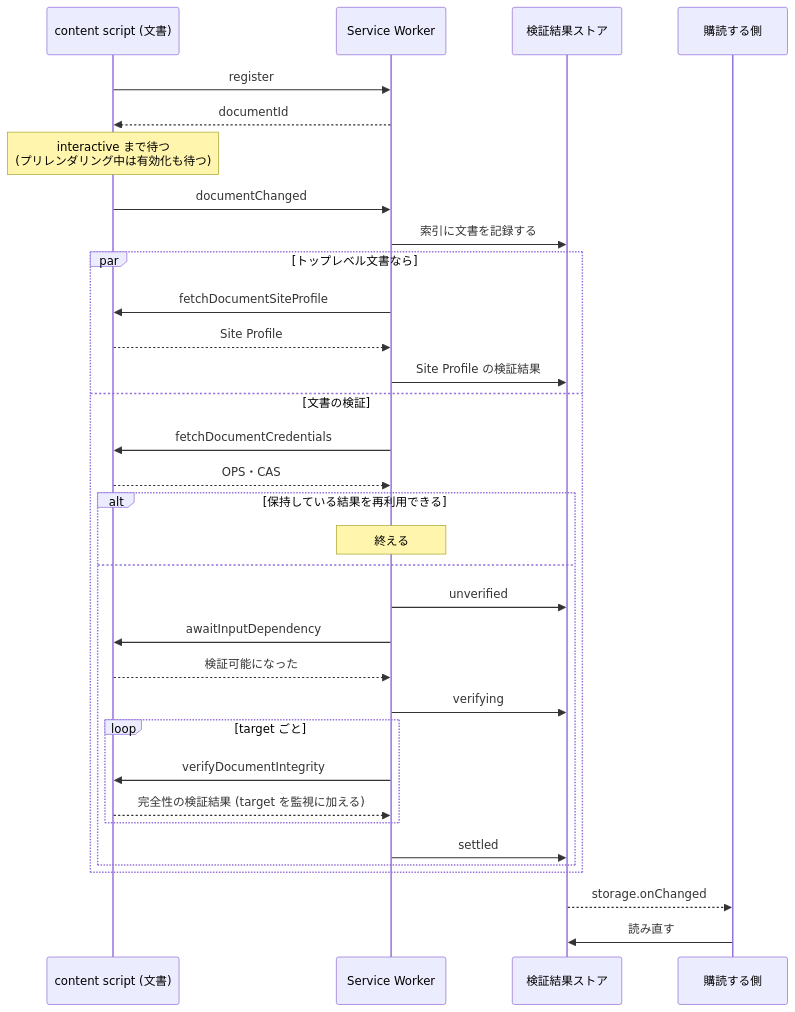
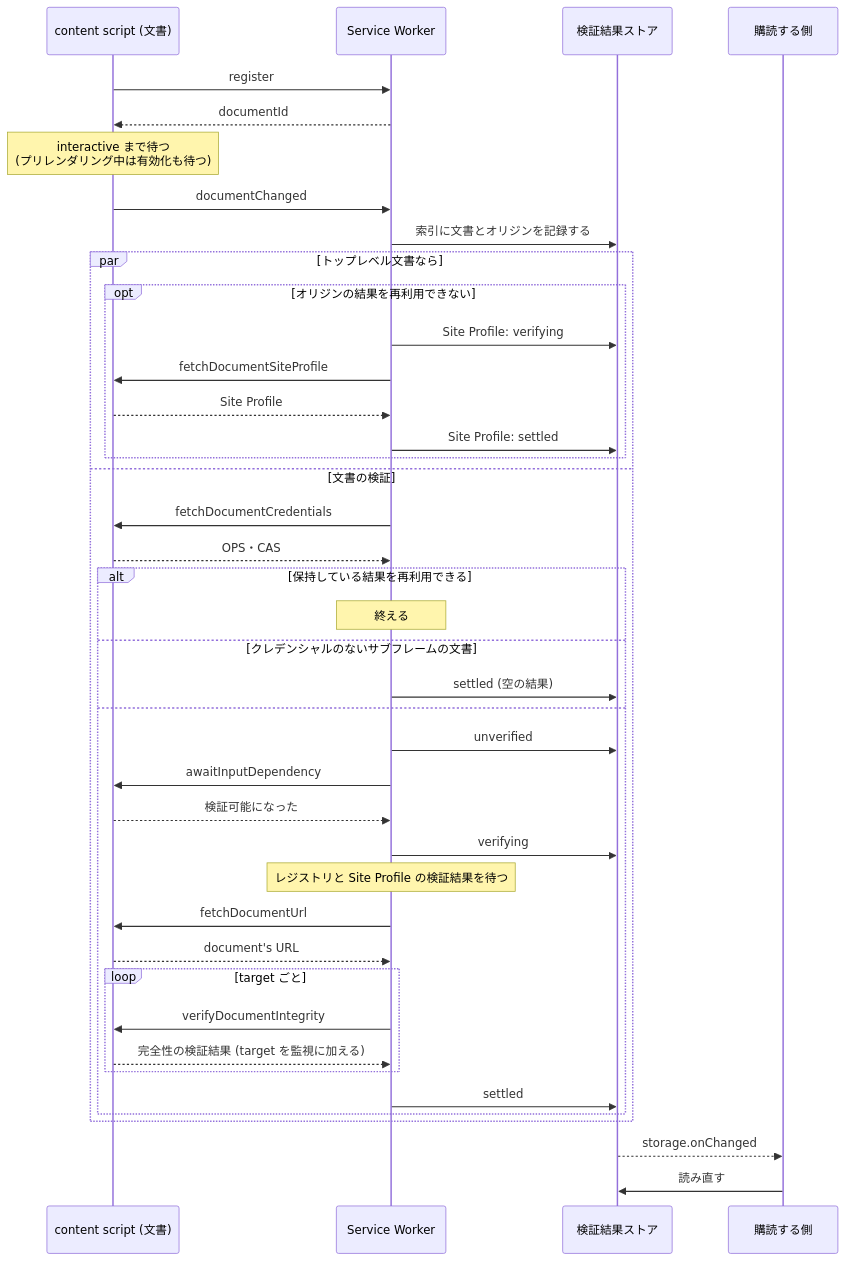
The first of 2 diagrams in packages/extension-common/src/verification/README.md (originator-profile/originator-profile), drawn with Mermaid before and after one commit. The commit also changed other lines of this file, not shown here.

````diff
--- a/packages/extension-common/src/verification/README.md
+++ b/packages/extension-common/src/verification/README.md
@@ -23,36 +23,44 @@
 ```mermaid
 sequenceDiagram
 participant CS as content script (文書)
 participant SW as Service Worker
 participant Store as 検証結果ストア
 participant Sub as 購読する側
 
 CS->>SW: register
 SW-->>CS: documentId
 Note over CS: interactive まで待つ<br/>(プリレンダリング中は有効化も待つ)
 CS->>SW: documentChanged
-SW->>Store: 索引に文書を記録する
+SW->>Store: 索引に文書とオリジンを記録する
 par トップレベル文書なら
-  SW->>CS: fetchDocumentSiteProfile
-  CS-->>SW: Site Profile
-  SW->>Store: Site Profile の検証結果
+  opt オリジンの結果を再利用できない
+    SW->>Store: Site Profile: verifying
+    SW->>CS: fetchDocumentSiteProfile
+    CS-->>SW: Site Profile
+    SW->>Store: Site Profile: settled
+  end
 and 文書の検証
   SW->>CS: fetchDocumentCredentials
   CS-->>SW: OPS・CAS
   alt 保持している結果を再利用できる
     Note over SW: 終える
+  else クレデンシャルのないサブフレームの文書
+    SW->>Store: settled (空の結果)
   else
     SW->>Store: unverified
     SW->>CS: awaitInputDependency
     CS-->>SW: 検証可能になった
     SW->>Store: verifying
+    Note over SW: レジストリと Site Profile の検証結果を待つ
+    SW->>CS: fetchDocumentUrl
+    CS-->>SW: document's URL
     loop target ごと
       SW->>CS: verifyDocumentIntegrity
       CS-->>SW: 完全性の検証結果 (target を監視に加える)
     end
     SW->>Store: settled
   end
 end
 Store-->>Sub: storage.onChanged
 Sub->>Store: 読み直す
 ```
````
